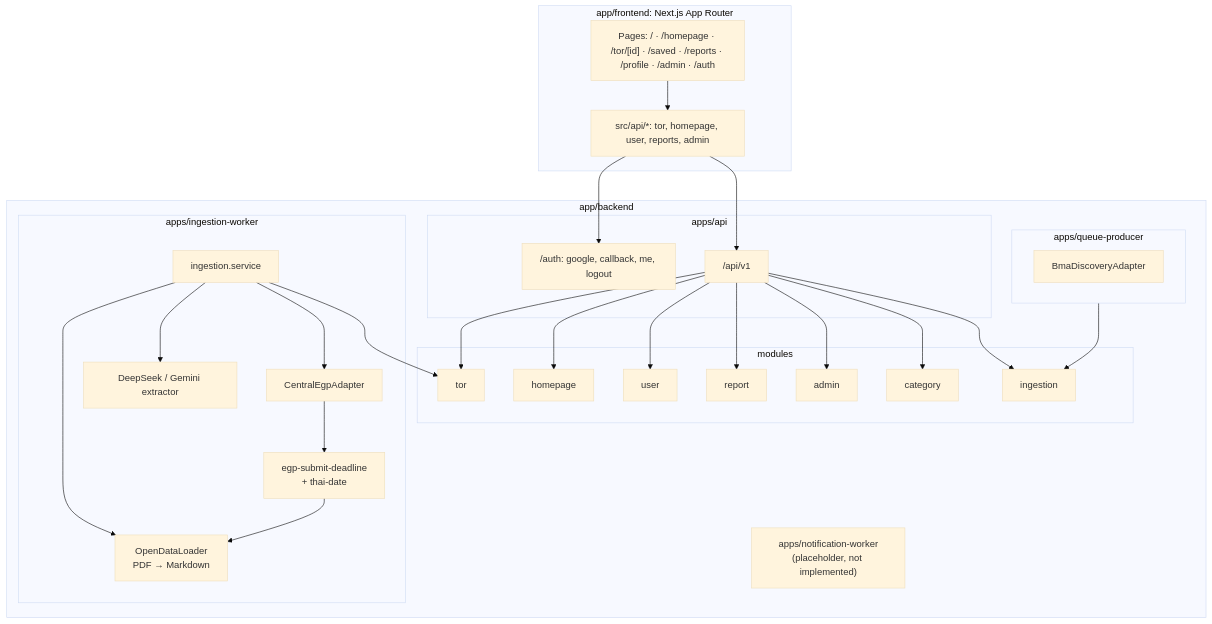
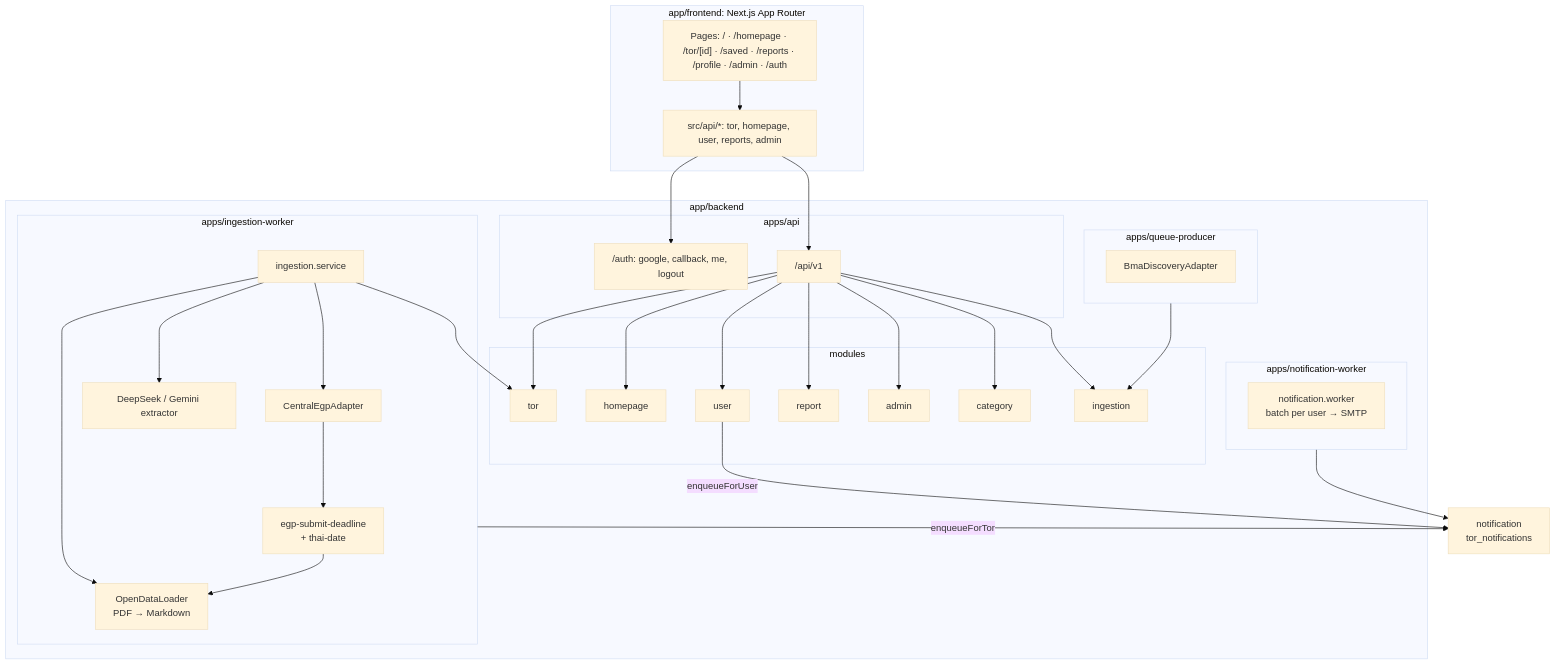
One commit to Doggo-CSP/TORPulse changed the second of 5 diagrams in docs/system-architecture.md. Above: the diagram before and after it, drawn with Mermaid (base theme). The commit also changed 32 other files, not shown here.

````diff
--- a/docs/system-architecture.md
+++ b/docs/system-architecture.md
@@ -39,45 +39,50 @@
 ```mermaid
 flowchart TB
   subgraph frontend[app/frontend: Next.js App Router]
     pages["Pages: / · /homepage · /tor/[id] · /saved · /reports · /profile · /admin · /auth"]
     apiClient["src/api/*: tor, homepage, user, reports, admin"]
     pages --> apiClient
   end
 
   subgraph backend[app/backend]
     subgraph apiApp[apps/api]
       auth["/auth: google, callback, me, logout"]
       v1["/api/v1"]
     end
     subgraph modules[modules]
       torM[tor]
       homeM[homepage]
       userM[user]
       reportM[report]
       adminM[admin]
       catM[category]
       ingM[ingestion]
     end
     subgraph producerApp[apps/queue-producer]
       bmaA[BmaDiscoveryAdapter]
     end
     subgraph workerApp[apps/ingestion-worker]
       svc[ingestion.service]
       egpA[CentralEgpAdapter]
       odl[OpenDataLoader<br/>PDF → Markdown]
       llm[DeepSeek / Gemini extractor]
       deadline[egp-submit-deadline<br/>+ thai-date]
     end
-    notif["apps/notification-worker<br/>(placeholder, not implemented)"]
+    subgraph notifApp[apps/notification-worker]
+      notifW[notification.worker<br/>batch per user → SMTP]
+    end
   end
 
   apiClient --> auth
   apiClient --> v1
   v1 --> torM & homeM & userM & reportM & adminM & catM & ingM
   producerApp --> ingM
   svc --> egpA
   svc --> odl
   svc --> llm
   egpA --> deadline --> odl
   svc --> torM
+  workerApp -->|enqueueForTor| notifM[notification<br/>tor_notifications]
+  userM -->|enqueueForUser| notifM
+  notifApp --> notifM
 ```
````
